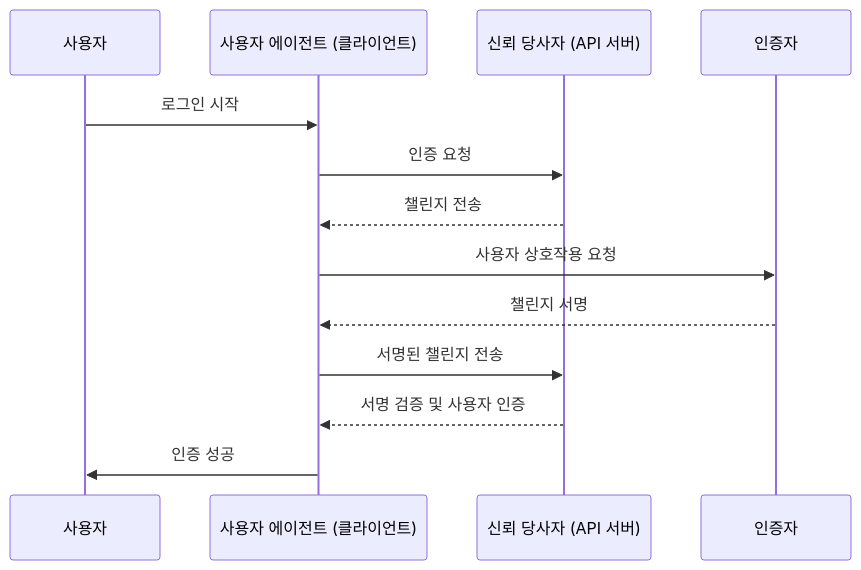
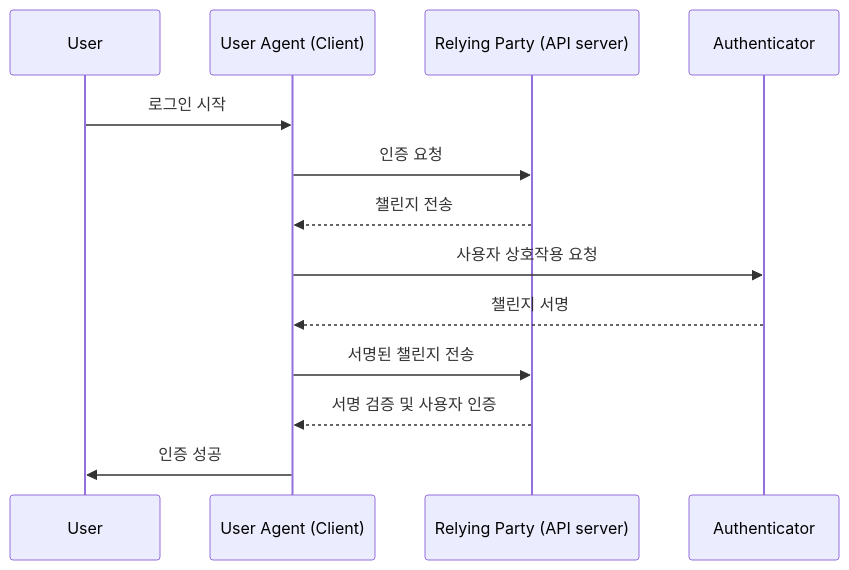
One commit to logto-io/auth-wiki changed the second of 2 diagrams in src/content/terms/ko/webauthn.mdx. Above: the diagram before and after it, drawn with Mermaid. The commit also changed other lines of this file and 98 other files, not shown here.

````diff
--- a/src/content/terms/ko/webauthn.mdx
+++ b/src/content/terms/ko/webauthn.mdx
@@ -67,16 +75,16 @@
 ```mermaid
 sequenceDiagram
-	participant 사용자
-	participant 사용자 에이전트 (클라이언트)
-	participant 신뢰 당사자 (API 서버)
-	participant 인증자
+	participant User
+	participant User Agent (Client)
+	participant Relying Party (API server)
+	participant Authenticator
 
-	사용자 ->> 사용자 에이전트 (클라이언트): 로그인 시작
-	사용자 에이전트 (클라이언트) ->> 신뢰 당사자 (API 서버): 인증 요청
-	신뢰 당사자 (API 서버) -->> 사용자 에이전트 (클라이언트): 챌린지 전송
-	사용자 에이전트 (클라이언트) ->> 인증자: 사용자 상호작용 요청
-	인증자 -->> 사용자 에이전트 (클라이언트): 챌린지 서명
-	사용자 에이전트 (클라이언트) ->> 신뢰 당사자 (API 서버): 서명된 챌린지 전송
-	신뢰 당사자 (API 서버) -->> 사용자 에이전트 (클라이언트): 서명 검증 및 사용자 인증
-	사용자 에이전트 (클라이언트) ->> 사용자: 인증 성공
+	User ->> User Agent (Client): 로그인 시작
+	User Agent (Client) ->> Relying Party (API server): 인증 요청
+	Relying Party (API server) -->> User Agent (Client): 챌린지 전송
+	User Agent (Client) ->> Authenticator: 사용자 상호작용 요청
+	Authenticator -->> User Agent (Client): 챌린지 서명
+	User Agent (Client) ->> Relying Party (API server): 서명된 챌린지 전송
+	Relying Party (API server) -->> User Agent (Client): 서명 검증 및 사용자 인증
+	User Agent (Client) ->> User: 인증 성공
 ```
````
